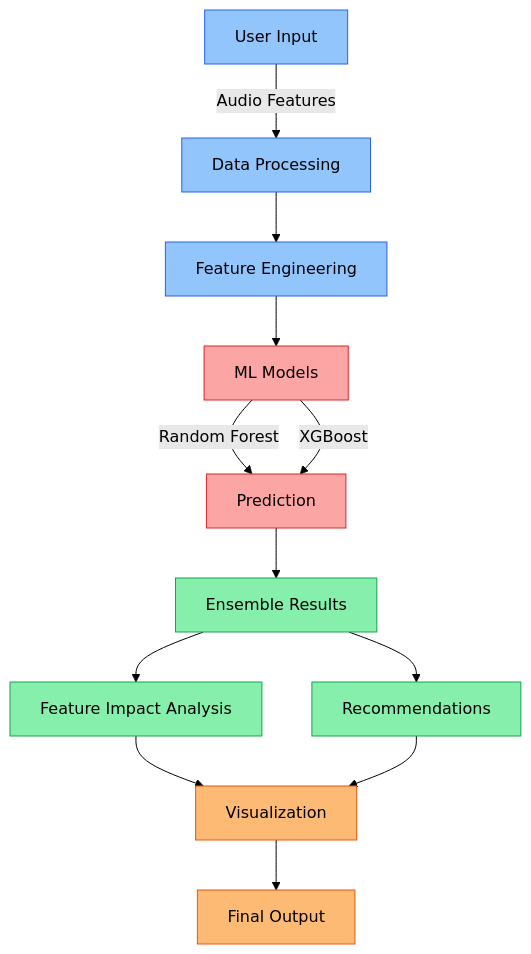
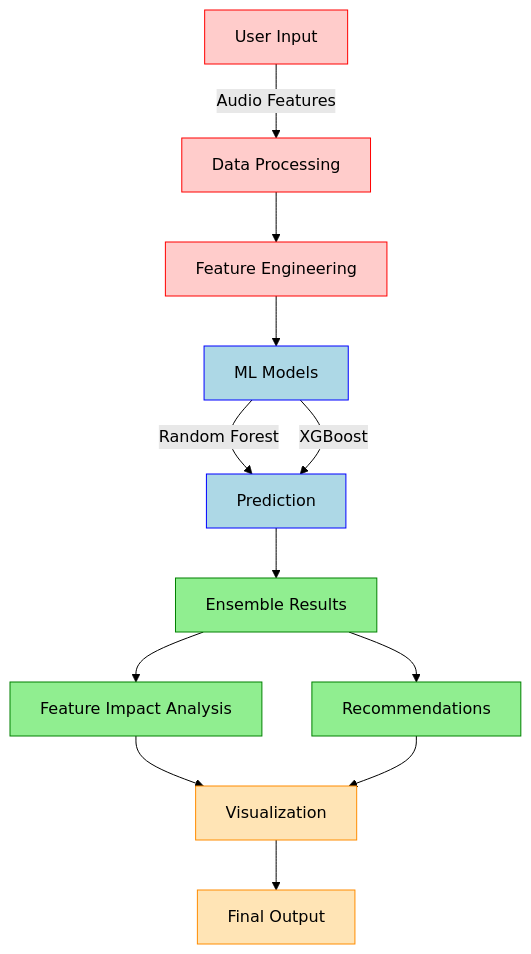
One commit to Cloudyboiii/Spotify_Popularity_Prediction changed the diagram in README.md. Above: the diagram before and after it, drawn with Mermaid (forest theme).

````diff
--- a/README.md
+++ b/README.md
@@ -14,25 +14,25 @@
 ```mermaid
 graph TD
-    A[User Input] -->|Audio Features| B[Data Processing]
+    A[User  Input] -->|Audio Features| B[Data Processing]
     B --> C[Feature Engineering]
     C --> D[ML Models]
     D -->|Random Forest| E[Prediction]
     D -->|XGBoost| E
     E --> F[Ensemble Results]
     F --> G[Feature Impact Analysis]
     F --> H[Recommendations]
     G --> I[Visualization]
     H --> I
     I --> J[Final Output]
     
-    style A fill:#93c5fd,stroke:#2563eb
-    style B fill:#93c5fd,stroke:#2563eb
-    style C fill:#93c5fd,stroke:#2563eb
-    style D fill:#fca5a5,stroke:#dc2626
-    style E fill:#fca5a5,stroke:#dc2626
-    style F fill:#86efac,stroke:#16a34a
-    style G fill:#86efac,stroke:#16a34a
-    style H fill:#86efac,stroke:#16a34a
-    style I fill:#fdba74,stroke:#ea580c
-    style J fill:#fdba74,stroke:#ea580c
+    style A fill:#ffcccb,stroke:#ff0000
+    style B fill:#ffcccb,stroke:#ff0000
+    style C fill:#ffcccb,stroke:#ff0000
+    style D fill:#add8e6,stroke:#0000ff
+    style E fill:#add8e6,stroke:#0000ff
+    style F fill:#90ee90,stroke:#008000
+    style G fill:#90ee90,stroke:#008000
+    style H fill:#90ee90,stroke:#008000
+    style I fill:#ffe4b5,stroke:#ff8c00
+    style J fill:#ffe4b5,stroke:#ff8c00
 ```
````
